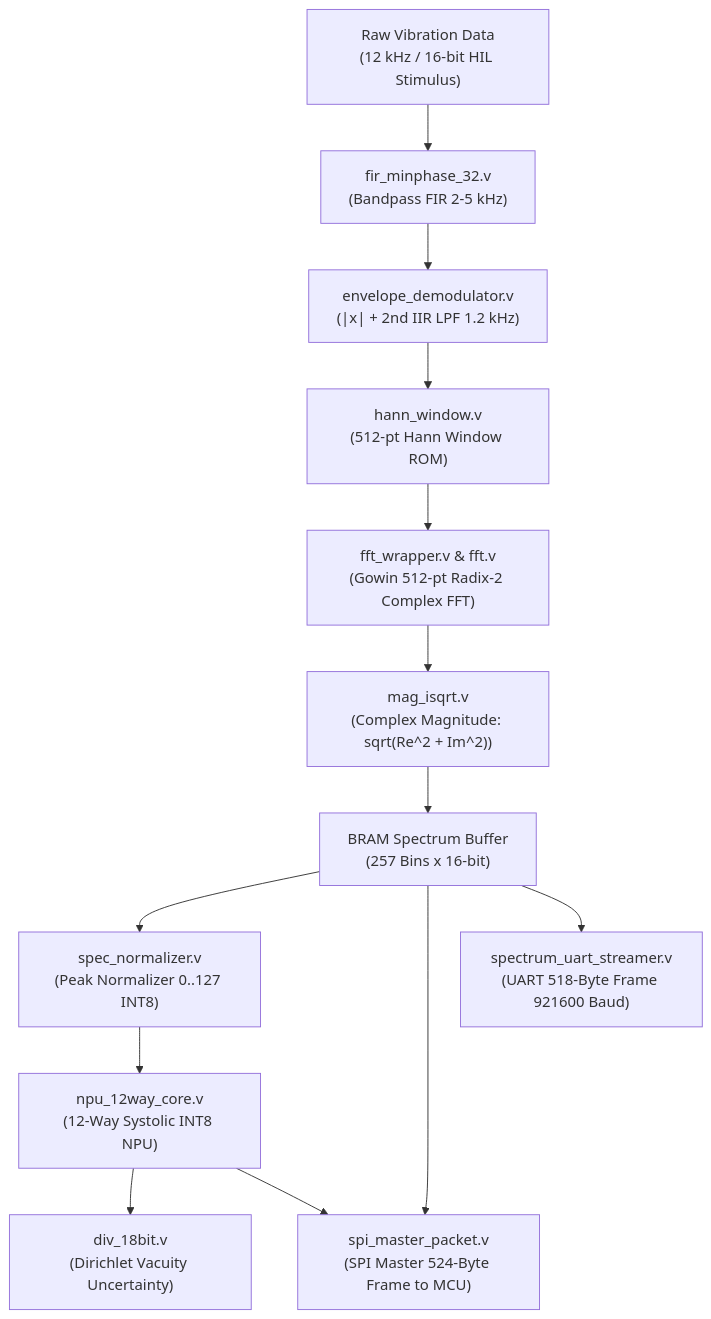
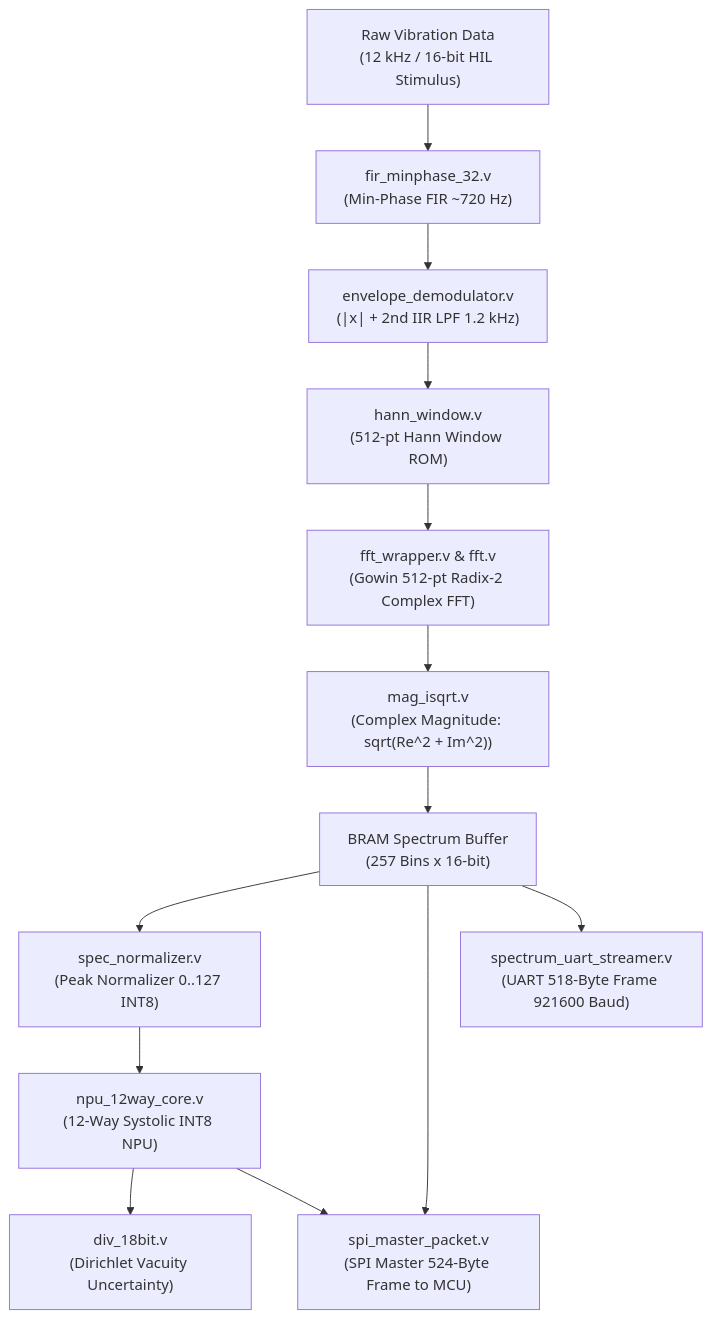
One commit to zok213/VIbraDistill changed the diagram in docs/hardware_reports/README_VERILOG.md. Above: the diagram before and after it, drawn with Mermaid. The commit also changed 6 other files, not shown here.

````diff
--- a/docs/hardware_reports/README_VERILOG.md
+++ b/docs/hardware_reports/README_VERILOG.md
@@ -10,17 +10,17 @@
 ```mermaid
 flowchart TD
-    A["Raw Vibration Data<br>(12 kHz / 16-bit HIL Stimulus)"] --> B["fir_minphase_32.v<br>(Bandpass FIR 2-5 kHz)"]
+    A["Raw Vibration Data<br>(12 kHz / 16-bit HIL Stimulus)"] --> B["fir_minphase_32.v<br>(Min-Phase FIR ~720 Hz)"]
     B --> C["envelope_demodulator.v<br>(|x| + 2nd IIR LPF 1.2 kHz)"]
     C --> D["hann_window.v<br>(512-pt Hann Window ROM)"]
     D --> E["fft_wrapper.v & fft.v<br>(Gowin 512-pt Radix-2 Complex FFT)"]
     E --> F["mag_isqrt.v<br>(Complex Magnitude: sqrt(Re^2 + Im^2))"]
     F --> G["BRAM Spectrum Buffer<br>(257 Bins x 16-bit)"]
     
     G --> H["spec_normalizer.v<br>(Peak Normalizer 0..127 INT8)"]
     H --> I["npu_12way_core.v<br>(12-Way Systolic INT8 NPU)"]
     I --> J["div_18bit.v<br>(Dirichlet Vacuity Uncertainty)"]
     
     G --> K["spi_master_packet.v<br>(SPI Master 524-Byte Frame to MCU)"]
     I --> K
     G --> L["spectrum_uart_streamer.v<br>(UART 518-Byte Frame 921600 Baud)"]
 ```
````
